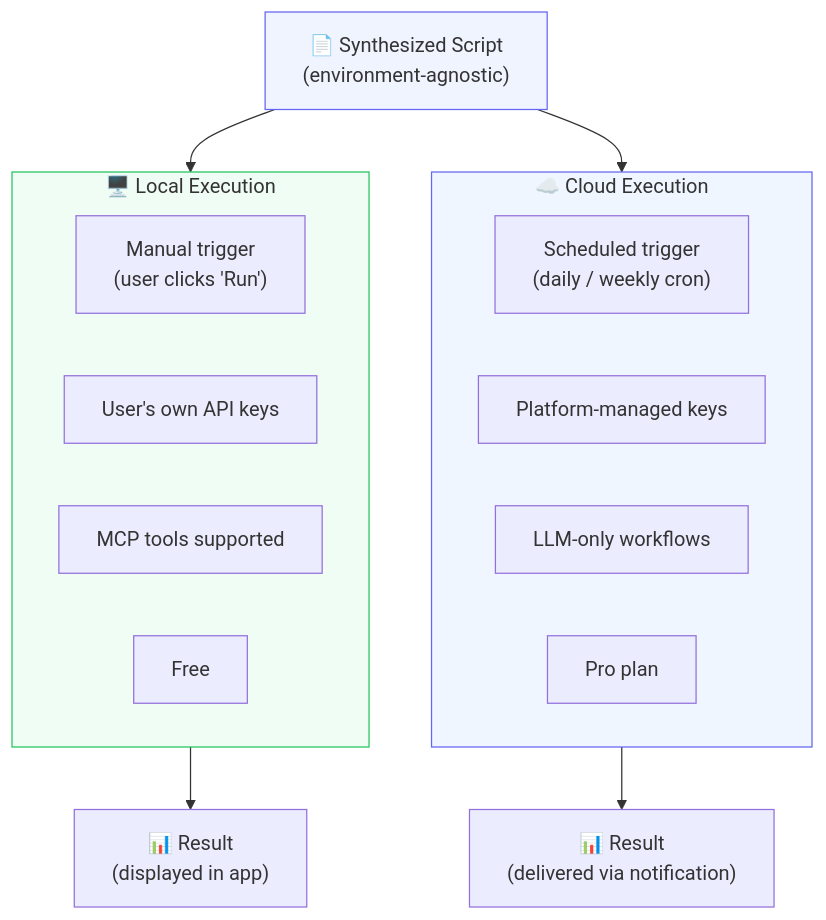
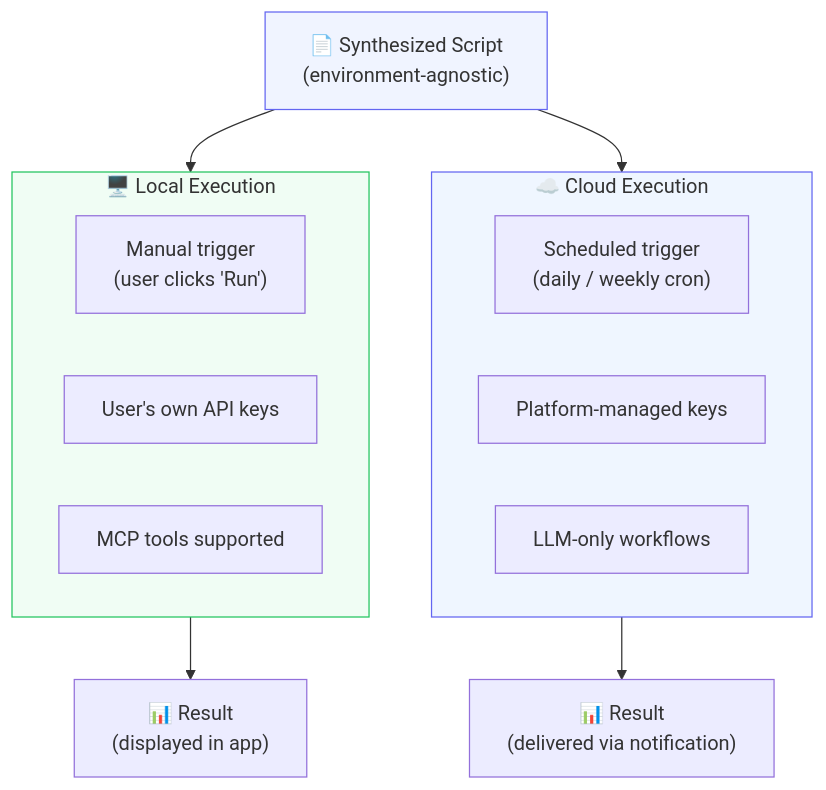
One commit to whitebearhands/hierarch_public changed the ninth of 13 diagrams in README.md. Above: the diagram before and after it, drawn with Mermaid. The commit also changed other lines of this file, not shown here.

````diff
--- a/README.md
+++ b/README.md
@@ -231,28 +231,26 @@
 ```mermaid
 flowchart TD
     SCRIPT["📄 Synthesized Script\n(environment-agnostic)"]
 
     SCRIPT --> LOCAL
     SCRIPT --> SERVER
 
     subgraph LOCAL["🖥️ Local Execution"]
         L1["Manual trigger\n(user clicks 'Run')"]
         L2["User's own API keys"]
         L3["MCP tools supported"]
-        L4["Free"]
     end
 
     subgraph SERVER["☁️ Cloud Execution"]
         S1["Scheduled trigger\n(daily / weekly cron)"]
         S2["Platform-managed keys"]
         S3["LLM-only workflows"]
-        S4["Pro plan"]
     end
 
     LOCAL --> R1["📊 Result\n(displayed in app)"]
     SERVER --> R2["📊 Result\n(delivered via notification)"]
 
     style SCRIPT fill:#f0f4ff,stroke:#6366f1
     style LOCAL fill:#f0fdf4,stroke:#22c55e
     style SERVER fill:#eff6ff,stroke:#6366f1
 ```
````
